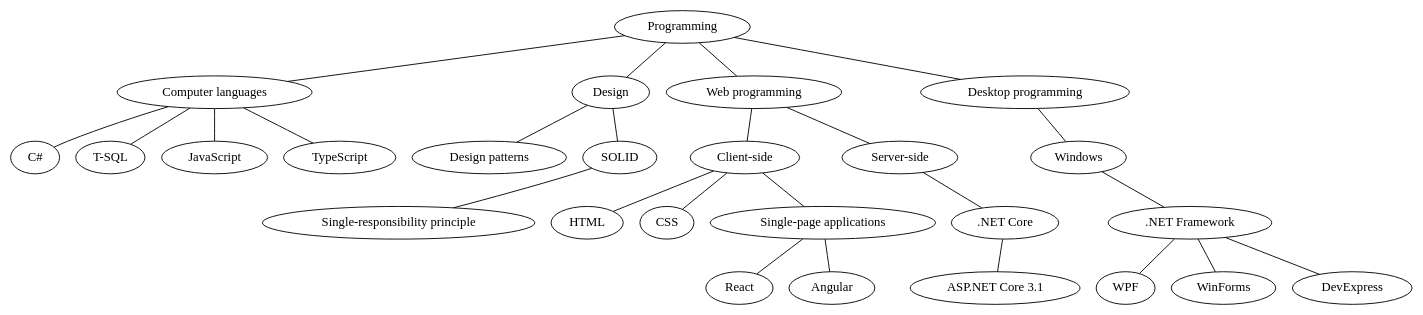
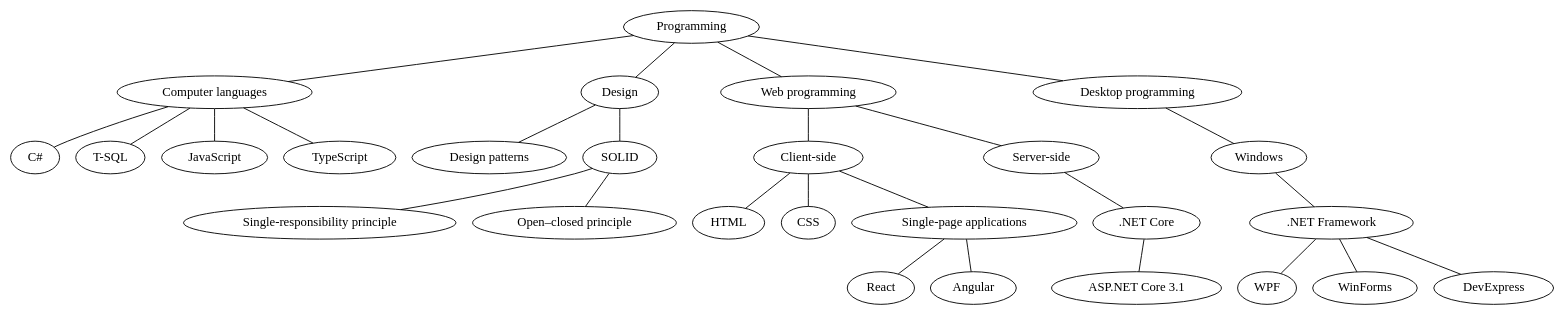
Before and after one commit to mialkin/docs: the diagram in map.dot, drawn with Graphviz. The commit also changed 4 other files, not shown here.

Commit message:
Open–closed principle

```diff
--- a/map.dot
+++ b/map.dot
@@ -1,74 +1,76 @@
 graph expertise {
 
-    programming [label="Programming"]
+    programming[label="Programming"]
     programming -- computer_languages;
     programming -- desing
     programming -- web_programming
     programming -- desktop_programming
 
     computer_languages[label="Computer languages"]
     computer_languages -- csharp;
     computer_languages -- t_sql;
     computer_languages -- javascript;
     computer_languages -- typescript;
 
-    javascript [label="JavaScript"]
-    typescript [label="TypeScript"]
+    javascript[label="JavaScript"]
+    typescript[label="TypeScript"]
 
-    desing [label="Design"]
+    desing[label="Design"]
     desing -- desing_patterns
     desing -- solid
 
-    desing_patterns [label="Design patterns"]
+    desing_patterns[label="Design patterns"]
     
-    solid [label="SOLID"]
+    solid[label="SOLID"]
     solid -- single_responsibility_principle
+    solid -- open_closed_principle
 
     single_responsibility_principle[label="Single-responsibility principle"]
+    open_closed_principle[label="Open–closed principle"]
 
-    t_sql [label="T-SQL"]
-    csharp [label="C#"]
+    t_sql[label="T-SQL"]
+    csharp[label="C#"]
       
-    web_programming [label="Web programming"]
+    web_programming[label="Web programming"]
     web_programming -- client_side
     web_programming -- server_side
 
-    desktop_programming [label="Desktop programming"]
+    desktop_programming[label="Desktop programming"]
     desktop_programming -- desktop_programming_windows
    
-    desktop_programming_windows [label="Windows"]
+    desktop_programming_windows[label="Windows"]
     desktop_programming_windows -- dot_net_framework
     
     dot_net_framework[label = ".NET Framework"]
     dot_net_framework -- wpf
     dot_net_framework -- winforms
     dot_net_framework -- devexpress
 
-    wpf [label="WPF"]
-    winforms [label="WinForms"]
-    devexpress [label="DevExpress"]
+    wpf[label="WPF"]
+    winforms[label="WinForms"]
+    devexpress[label="DevExpress"]
 
-    server_side [label="Server-side"]
+    server_side[label="Server-side"]
     server_side -- dot_net_core
 
-    dot_net_core [label = ".NET Core"]
+    dot_net_core[label = ".NET Core"]
     dot_net_core -- asp_net_core
 
-    asp_net_core [label = "ASP.NET Core 3.1"]
+    asp_net_core[label = "ASP.NET Core 3.1"]
 
-    client_side [label="Client-side"]
+    client_side[label="Client-side"]
     client_side -- html
     client_side -- css
     client_side -- spa;
 
-    spa [label="Single-page applications"]
+    spa[label="Single-page applications"]
     spa -- react;
     spa -- angular;
 
-    react [label="React"]
-    angular [label="Angular"]
+    react[label="React"]
+    angular[label="Angular"]
 
-    html [label="HTML"]
-    css [label="CSS"]
+    html[label="HTML"]
+    css[label="CSS"]
     
 }
```
